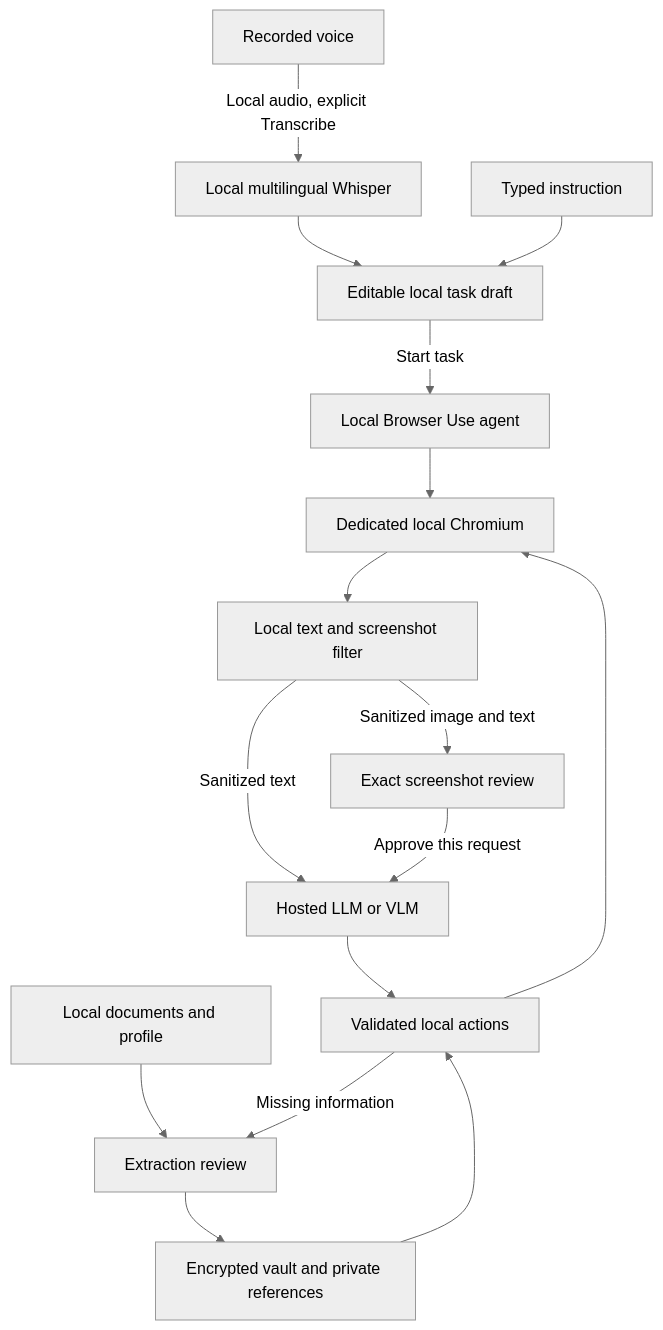
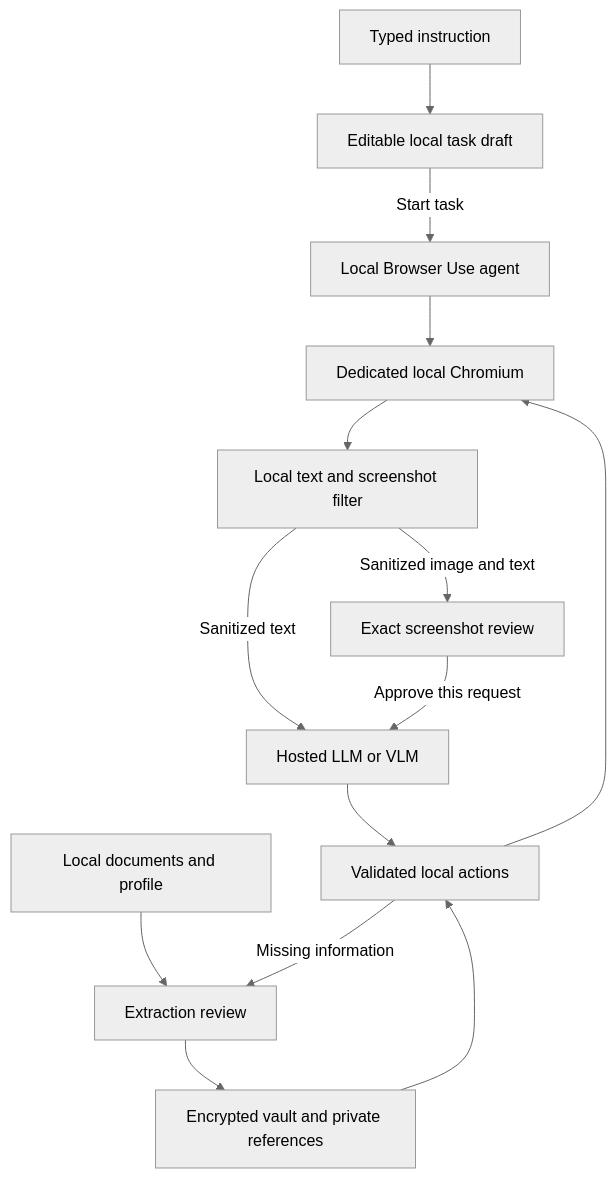
The diagram in README.md (Aksh2906/sih_mohmaya), drawn with Mermaid (neutral theme) before and after one commit. The commit also changed other lines of this file and 111 other files, not shown here.

````diff
--- a/README.md
+++ b/README.md
@@ -168,18 +165,16 @@
 ```mermaid
 flowchart TD
-    Voice[Recorded voice] -->|Local audio, explicit Transcribe| Whisper[Local multilingual Whisper]
-    Whisper --> Draft[Editable local task draft]
-    Typed[Typed instruction] --> Draft
+    Typed[Typed instruction] --> Draft[Editable local task draft]
     Draft -->|Start task| Agent[Local Browser Use agent]
     Docs[Local documents and profile] --> Review[Extraction review]
     Review --> Vault[Encrypted vault and private references]
     Agent --> Browser[Dedicated local Chromium]
     Browser --> Filter[Local text and screenshot filter]
     Filter -->|Sanitized text| Model[Hosted LLM or VLM]
     Filter -->|Sanitized image and text| Approval[Exact screenshot review]
     Approval -->|Approve this request| Model
     Model --> Actions[Validated local actions]
     Vault --> Actions
     Actions --> Browser
     Actions -->|Missing information| Review
 ```
````
